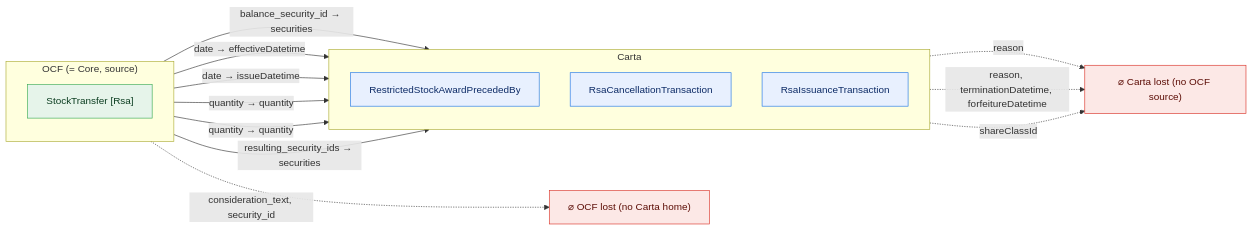
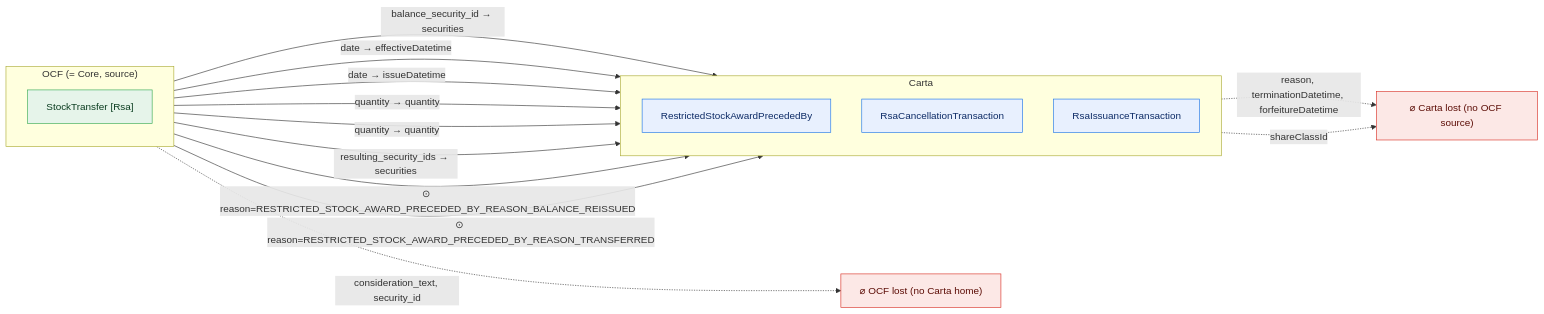
One commit to Open-Cap-Table-Coalition/OCF-Composed-Schemas changed diagram 12 of 47 in docs/core-bidirectional-flow.md. Above: the diagram before and after it, drawn with Mermaid. The commit also changed other lines of this file and 5 other files, not shown here.

First line of the commit message:
Composite const: flow the fixed reasons into the final lineage objects too

````diff
--- a/docs/core-bidirectional-flow.md
+++ b/docs/core-bidirectional-flow.md
@@ -383,29 +384,30 @@
 ```mermaid
 flowchart LR
   classDef adm fill:#e6f4ea,stroke:#34a853,color:#0b3d20;
   classDef notadm fill:#f1f3f4,stroke:#9aa0a6,color:#5f6368,stroke-dasharray:4 3;
   classDef carta fill:#e8f0fe,stroke:#1a73e8,color:#0d2b66;
   classDef lost fill:#fce8e6,stroke:#d93025,color:#5c0d06;
   subgraph SRC["OCF (= Core, source)"]
     direction TB
     o0["StockTransfer [Rsa]"]:::adm
   end
   subgraph TGT["Carta"]
     direction TB
     t0["RestrictedStockAwardPrecededBy"]:::carta
     t1["RsaCancellationTransaction"]:::carta
     t2["RsaIssuanceTransaction"]:::carta
   end
   ocflost["⌀ OCF lost (no Carta home)"]:::lost
   cartalost["⌀ Carta lost (no OCF source)"]:::lost
   o0 -->|"balance_security_id → securities"| t0
   o0 -->|"date → effectiveDatetime"| t1
   o0 -->|"date → issueDatetime"| t2
   o0 -->|"quantity → quantity"| t1
   o0 -->|"quantity → quantity"| t2
   o0 -->|"resulting_security_ids → securities"| t0
+  o0 -->|"⊙ reason=RESTRICTED_STOCK_AWARD_PRECEDED_BY_REASON_BALANCE_REISSUED"| t0
+  o0 -->|"⊙ reason=RESTRICTED_STOCK_AWARD_PRECEDED_BY_REASON_TRANSFERRED"| t0
   o0 -.->|"consideration_text, security_id"| ocflost
-  t0 -.->|"reason"| cartalost
   t1 -.->|"reason, terminationDatetime, forfeitureDatetime"| cartalost
   t2 -.->|"shareClassId"| cartalost
 ```
````
